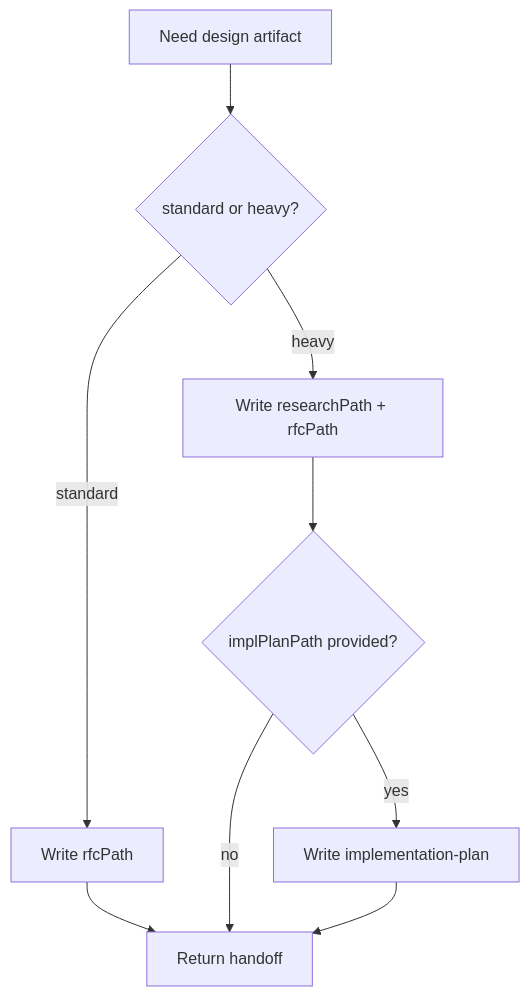
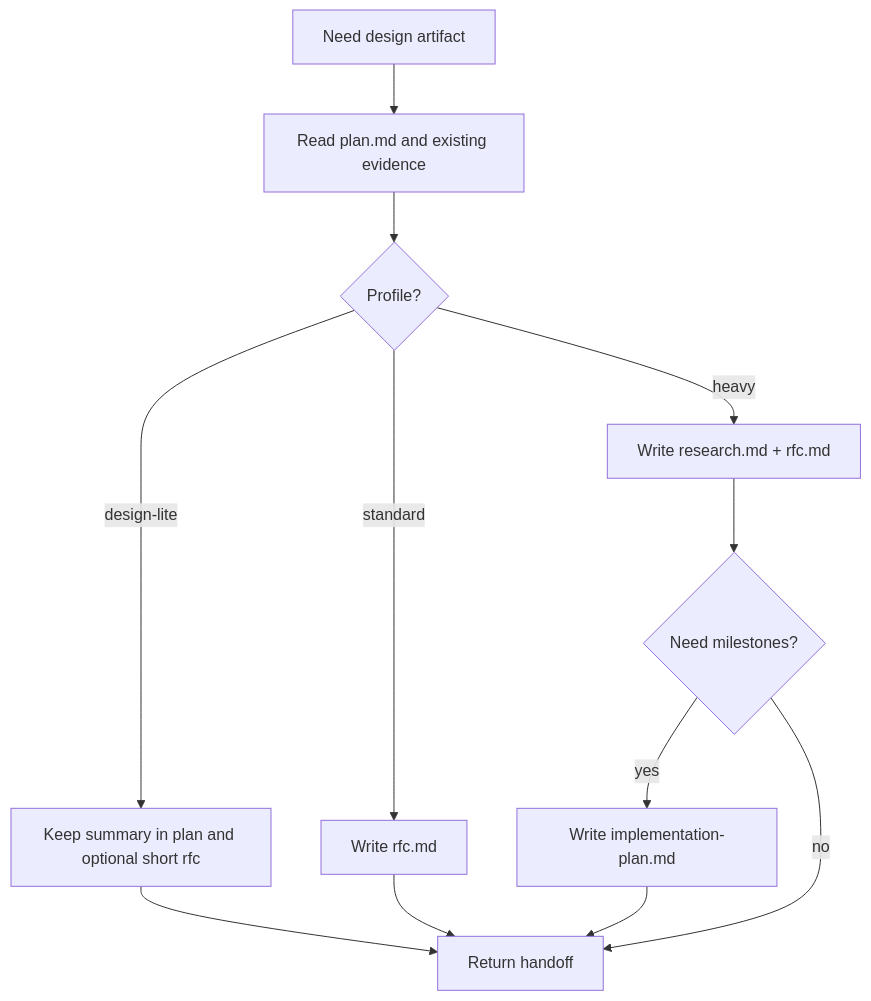
One commit to Thrimbda/legion-mind changed the diagram in skills/spec-rfc/SKILL.md. Above: the diagram before and after it, drawn with Mermaid. The commit also changed other lines of this file and 147 other files, not shown here.

````diff
--- a/skills/spec-rfc/SKILL.md
+++ b/skills/spec-rfc/SKILL.md
@@ -22,11 +32,14 @@
 ```mermaid
 flowchart TD
-    A[Need design artifact] --> B{standard or heavy?}
-    B -- standard --> C[Write rfcPath]
-    B -- heavy --> D[Write researchPath + rfcPath]
-    D --> E{implPlanPath provided?}
-    C --> F[Return handoff]
-    E -- yes --> G[Write implementation-plan]
-    E -- no --> F
-    G --> F
+    A[Need design artifact] --> B[Read plan.md and existing evidence]
+    B --> C{Profile?}
+    C -- design-lite --> D[Keep summary in plan and optional short rfc]
+    C -- standard --> E[Write rfc.md]
+    C -- heavy --> F[Write research.md + rfc.md]
+    F --> G{Need milestones?}
+    G -- yes --> H[Write implementation-plan.md]
+    G -- no --> I[Return handoff]
+    D --> I
+    E --> I
+    H --> I
 ```
````
